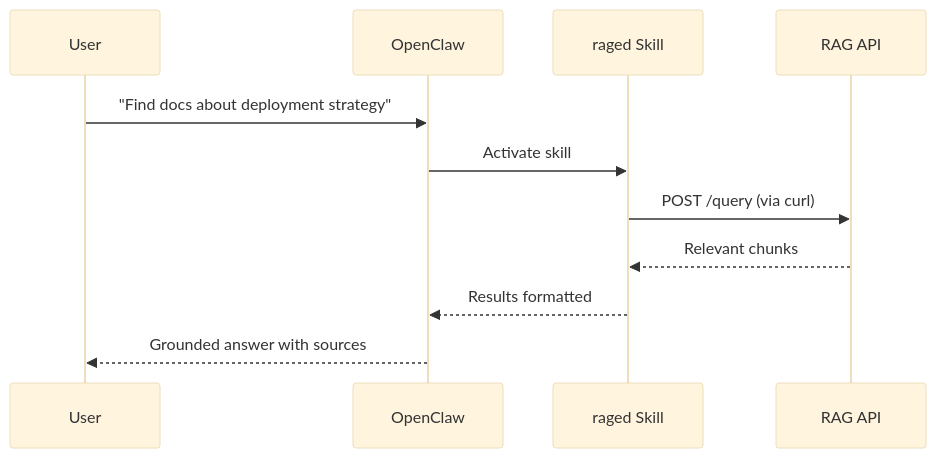
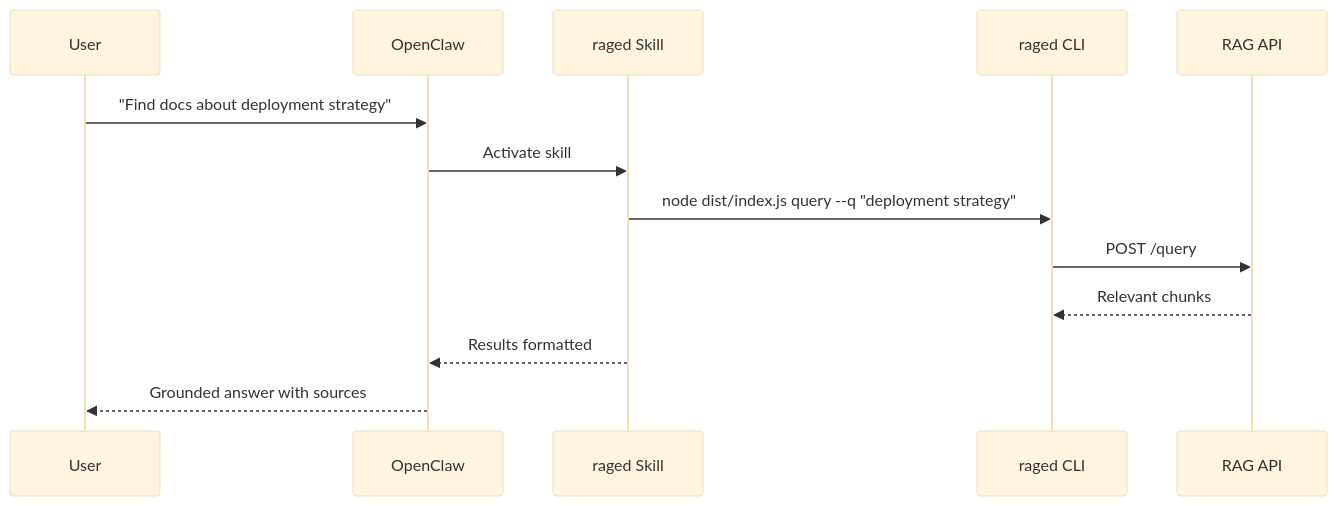
One commit to mfittko/RAGed changed the second of 2 diagrams in docs/04-claude-skills.md. Above: the diagram before and after it, drawn with Mermaid (base theme). The commit also changed other lines of this file and 4 other files, not shown here.

````diff
--- a/docs/04-claude-skills.md
+++ b/docs/04-claude-skills.md
@@ -70,14 +70,16 @@
 ```mermaid
 sequenceDiagram
     participant U as User
     participant OC as OpenClaw
     participant S as raged Skill
-    participant API as RAG API
+  participant CLI as raged CLI
+  participant API as RAG API
 
     U->>OC: "Find docs about deployment strategy"
     OC->>S: Activate skill
-    S->>API: POST /query (via curl)
-    API-->>S: Relevant chunks
+  S->>CLI: node dist/index.js query --q "deployment strategy"
+  CLI->>API: POST /query
+  API-->>CLI: Relevant chunks
     S-->>OC: Results formatted
     OC-->>U: Grounded answer with sources
 ```
````
